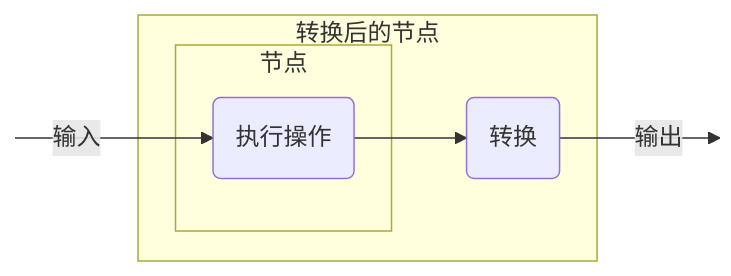
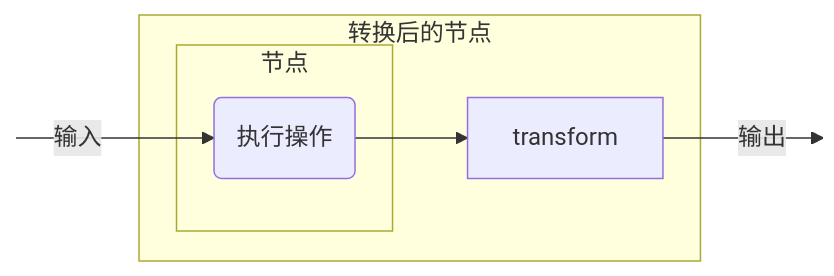
Before and after one commit to BinaryTape/Open-Docs: diagram 15 of 15 in docs/koog/nodes-and-components.md, drawn with Mermaid. The commit also changed other lines of this file and 164 other files, not shown here.

````diff
--- a/docs/koog/nodes-and-components.md
+++ b/docs/koog/nodes-and-components.md
@@ -862,16 +860,16 @@
 ```mermaid
 graph LR
     in:::hidden
     out:::hidden
     
     subgraph nodeWithTransform [转换后的节点]
         subgraph node ["节点"]
             execute(执行操作)
         end
-        transform(转换)
+        transform
     end
     
     in --输入--> execute --> transform --输出--> out
 
     classDef hidden display: none;
 ```
````
